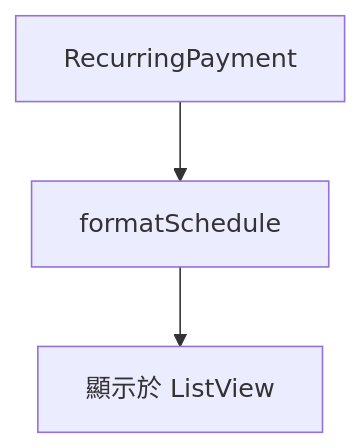
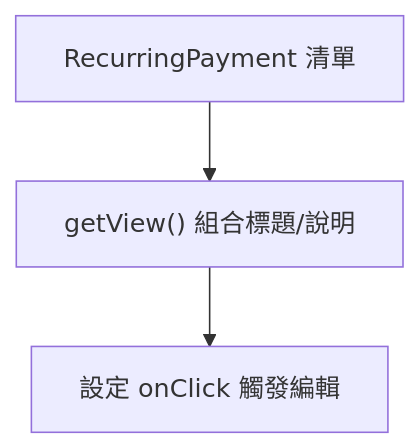
One commit to Dao-you/SimplestBookAndroid changed diagram 23 of 26 in Grading_Criteria.md. Above: the diagram before and after it, drawn with Mermaid. The commit also changed other lines of this file, not shown here.

````diff
--- a/Grading_Criteria.md
+++ b/Grading_Criteria.md
@@ -472,5 +536,5 @@
 ```mermaid
 flowchart TD
-    A[RecurringPayment] --> B[formatSchedule]
-    B --> C[顯示於 ListView]
+    A["RecurringPayment 清單"] --> B["getView() 組合標題/說明"]
+    B --> C["設定 onClick 觸發編輯"]
 ```
````
